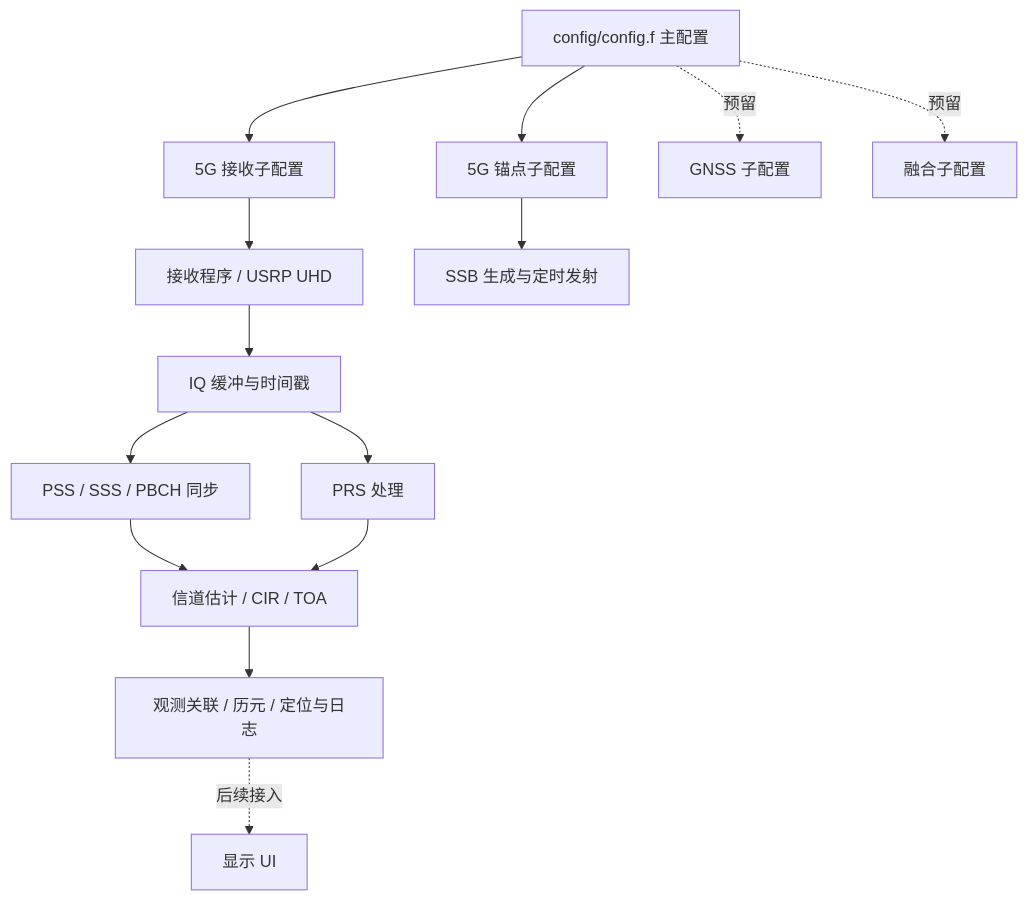
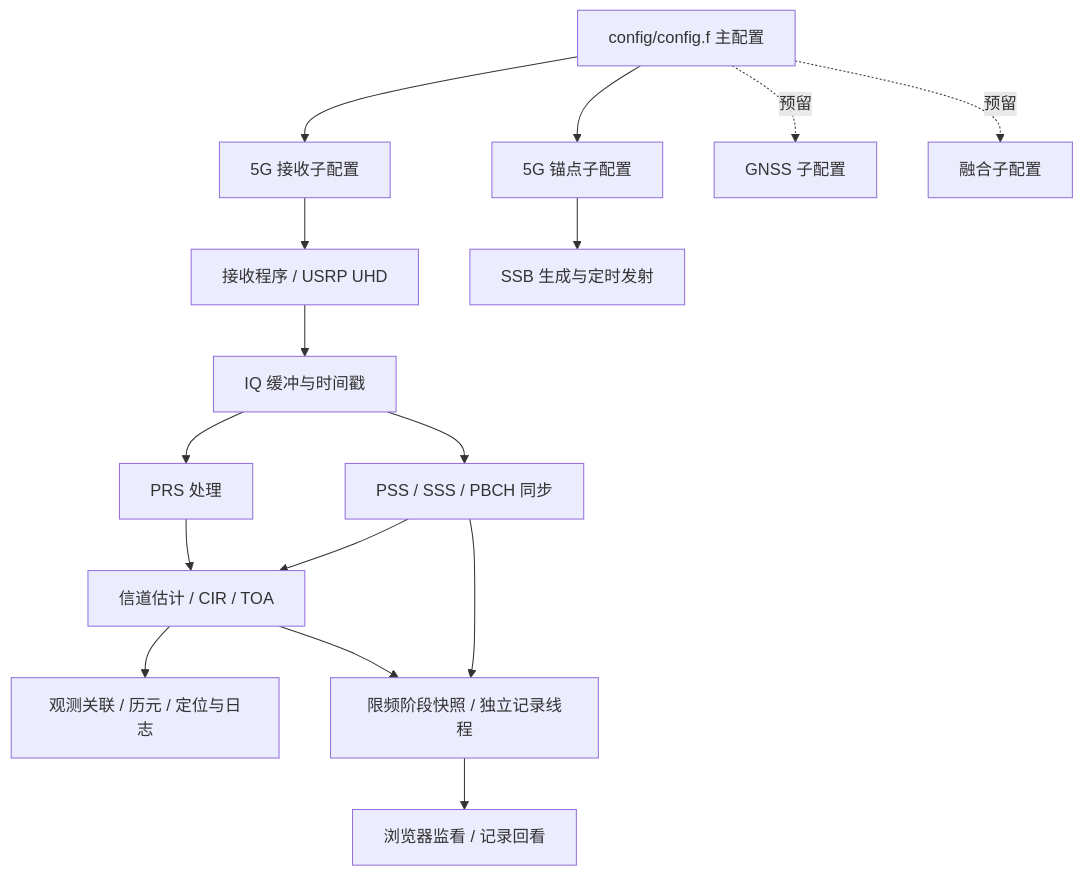
The diagram in README.md (JiFengMo/GNSS-5G-Position), drawn with Mermaid before and after one commit. The commit also changed other lines of this file and 26 other files, not shown here.

````diff
--- a/README.md
+++ b/README.md
@@ -35,16 +36,18 @@
 ```mermaid
 flowchart TD
     M[config/config.f 主配置] --> R[5G 接收子配置]
     M --> T[5G 锚点子配置]
     M -.预留.-> G[GNSS 子配置]
     M -.预留.-> F[融合子配置]
     R --> RX[接收程序 / USRP UHD]
     RX --> IQ[IQ 缓冲与时间戳]
     IQ --> SYNC[PSS / SSS / PBCH 同步]
     SYNC --> EST[信道估计 / CIR / TOA]
     IQ --> PRS[PRS 处理]
     PRS --> EST
     EST --> OBS[观测关联 / 历元 / 定位与日志]
     T --> TX[SSB 生成与定时发射]
-    OBS -.后续接入.-> UI[显示 UI]
+    SYNC --> MON[限频阶段快照 / 独立记录线程]
+    EST --> MON
+    MON --> UI[浏览器监看 / 记录回看]
 ```
````
